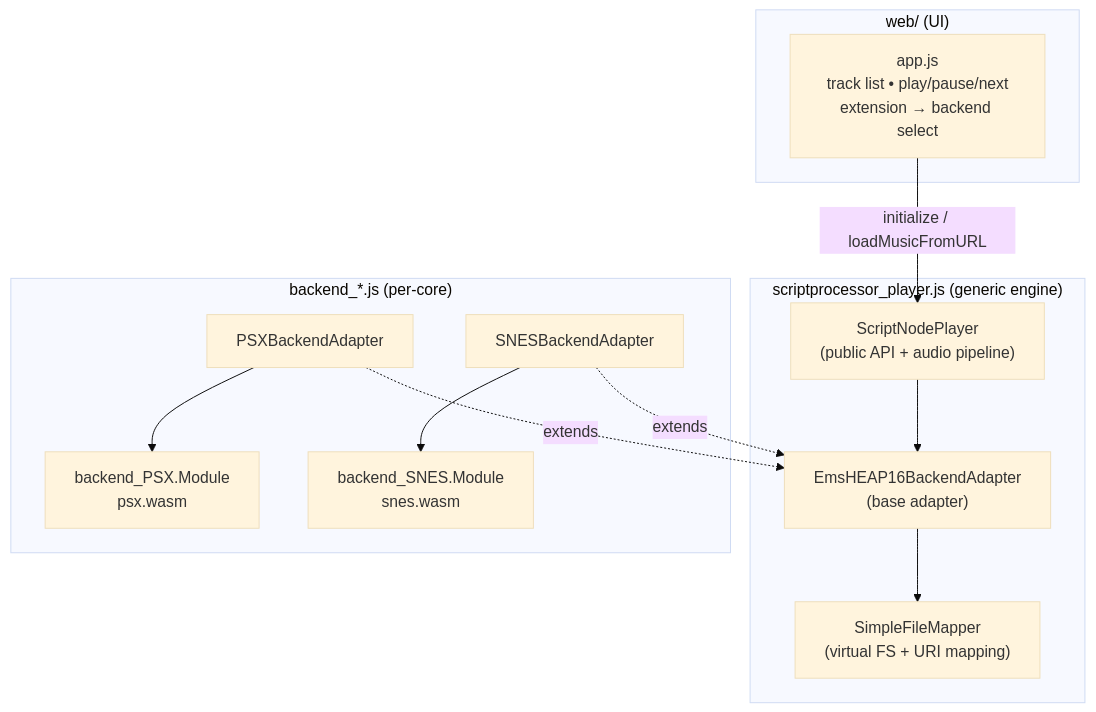
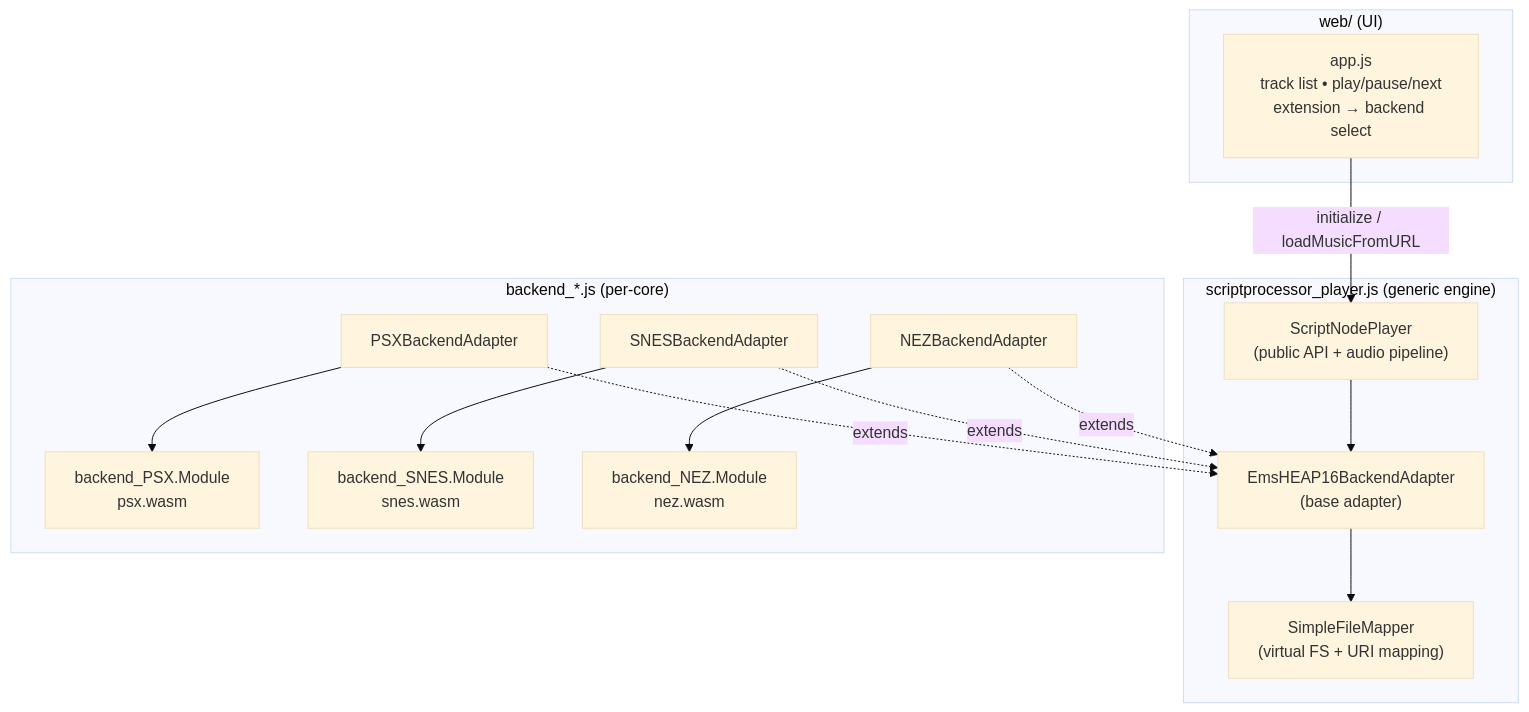
One commit to mode777/trackify changed the diagram in README.md. Above: the diagram before and after it, drawn with Mermaid (base theme). The commit also changed other lines of this file and 12 other files, not shown here.

Commit message:
refactor build architecture. Add webnez backend and samples

````diff
--- a/README.md
+++ b/README.md
@@ -116,27 +174,31 @@
 ```mermaid
 flowchart TD
     subgraph UI["web/ (UI)"]
         APP["app.js<br/>track list • play/pause/next<br/>extension → backend select"]
     end
 
     subgraph PLAYER["scriptprocessor_player.js (generic engine)"]
         SNP["ScriptNodePlayer<br/>(public API + audio pipeline)"]
         ADP["EmsHEAP16BackendAdapter<br/>(base adapter)"]
         FM["SimpleFileMapper<br/>(virtual FS + URI mapping)"]
     end
 
     subgraph BACKENDS["backend_*.js (per-core)"]
         PSXA["PSXBackendAdapter"]
         SNESA["SNESBackendAdapter"]
+      NEZA["NEZBackendAdapter"]
         PSXM["backend_PSX.Module<br/>psx.wasm"]
         SNESM["backend_SNES.Module<br/>snes.wasm"]
+      NEZM["backend_NEZ.Module<br/>nez.wasm"]
     end
 
     APP -->|initialize / loadMusicFromURL| SNP
     SNP --> ADP
     ADP --> FM
     PSXA -.->|extends| ADP
     SNESA -.->|extends| ADP
+    NEZA -.->|extends| ADP
     PSXA --> PSXM
     SNESA --> SNESM
+    NEZA --> NEZM
 ```
````
